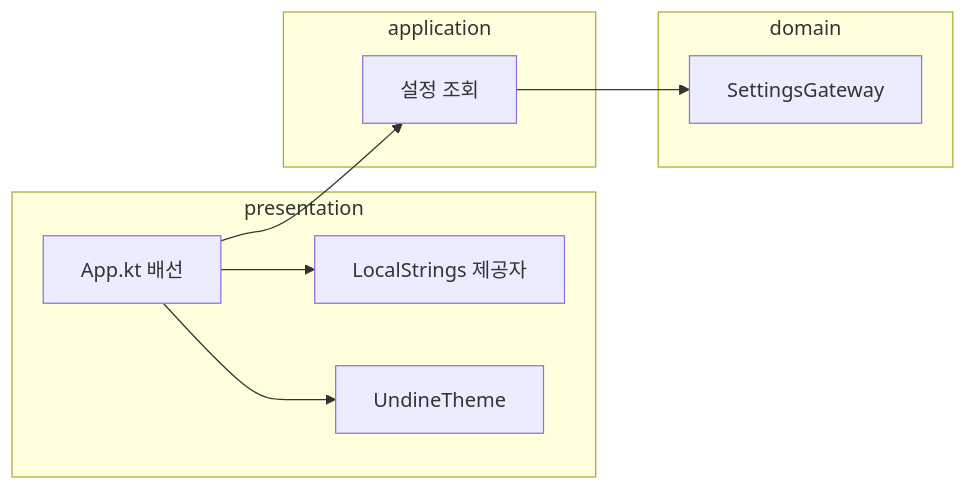
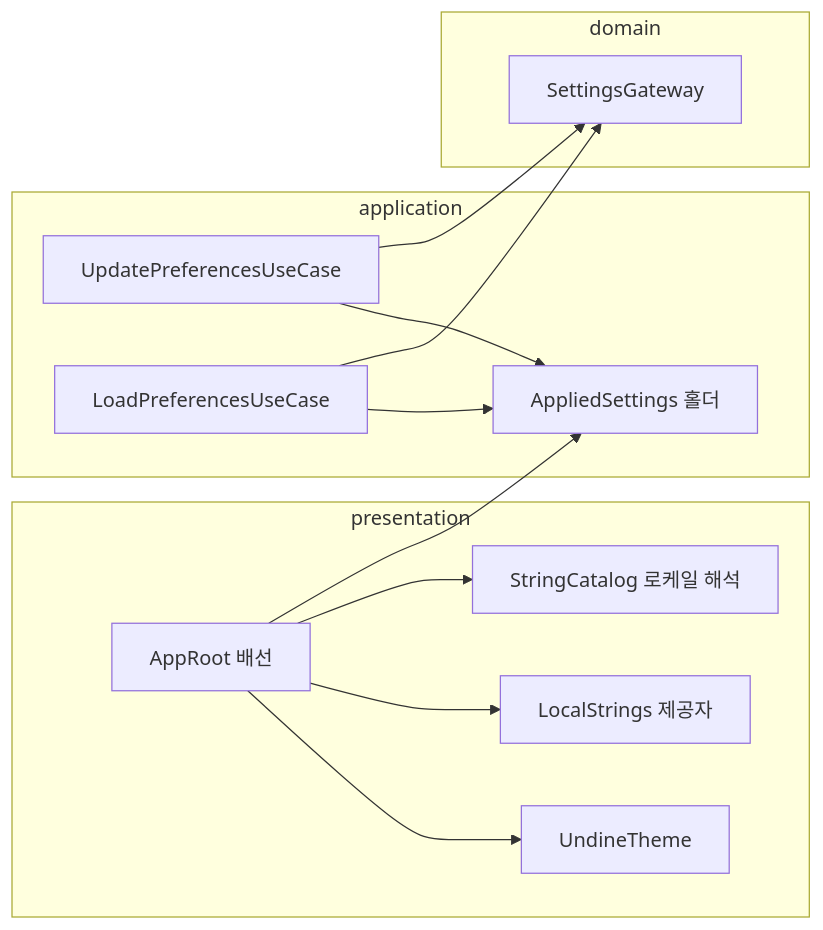
Before and after one commit to biuea3866/gitkraken-clone-app: the second of 2 diagrams in tickets/UND-91-settings-applied-to-ui.md, drawn with Mermaid. The commit also changed other lines of this file and 17 other files, not shown here.

````diff
--- a/tickets/UND-91-settings-applied-to-ui.md
+++ b/tickets/UND-91-settings-applied-to-ui.md
@@ -74,18 +86,25 @@
 ```mermaid
 flowchart LR
     subgraph presentation
-        AppWire[App.kt 배선]
+        AppRoot[AppRoot 배선]
+        Locale[StringCatalog 로케일 해석]
         Local[LocalStrings 제공자]
         Theme[UndineTheme]
     end
     subgraph application
-        Prefs[설정 조회]
+        Applied[AppliedSettings 홀더]
+        Update[UpdatePreferencesUseCase]
+        Load[LoadPreferencesUseCase]
     end
     subgraph domain
         Gw[SettingsGateway]
     end
-    AppWire --> Prefs
-    Prefs --> Gw
-    AppWire --> Local
-    AppWire --> Theme
+    Load --> Gw
+    Update --> Gw
+    Load --> Applied
+    Update --> Applied
+    AppRoot --> Applied
+    AppRoot --> Locale
+    AppRoot --> Local
+    AppRoot --> Theme
 ```
````
